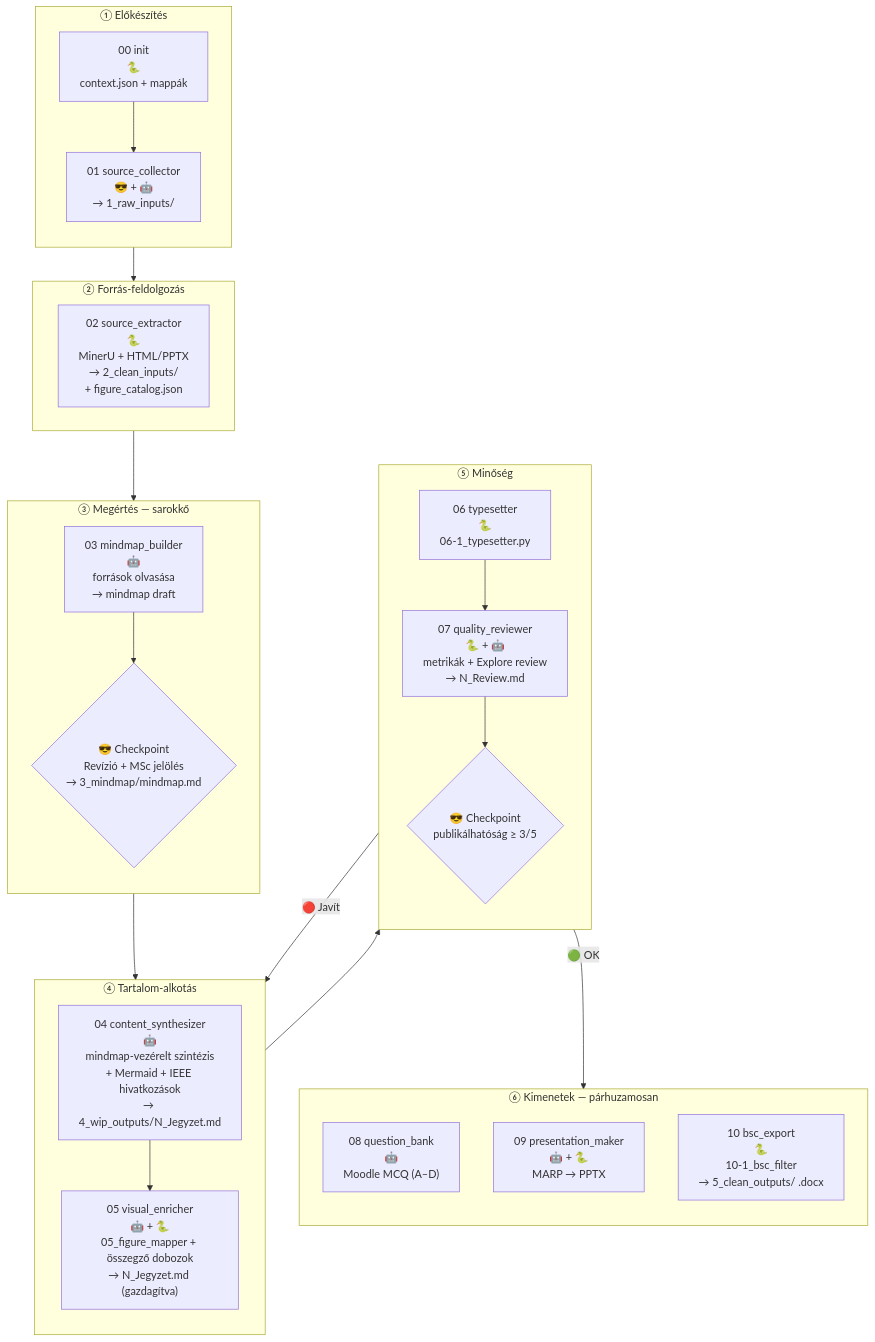
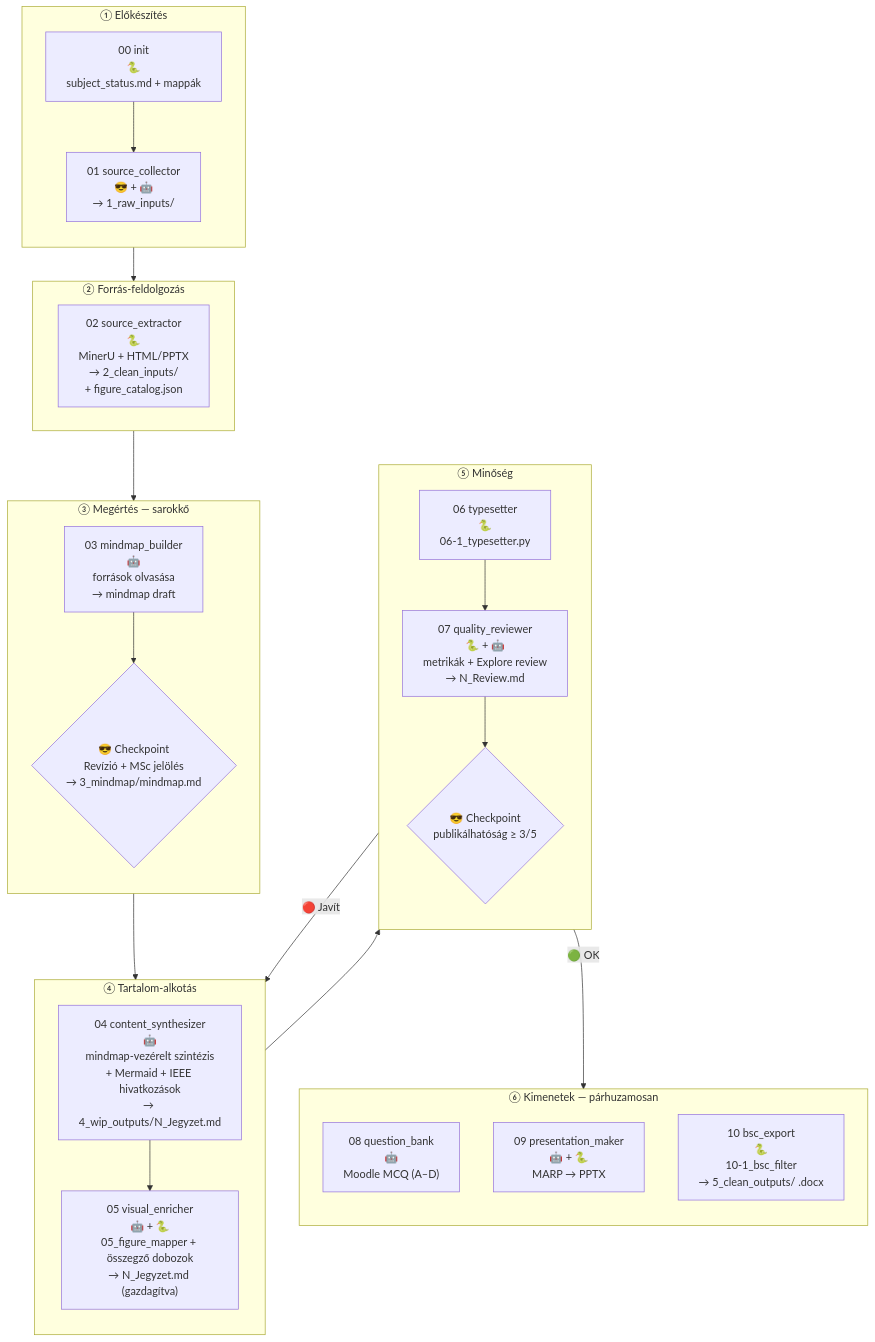
The diagram in .claude/pipeline.md (InutilemMachina/claude_course), drawn with Mermaid before and after one commit. The commit also changed other lines of this file and 9 other files, not shown here.

First line of the commit message:
refactor(00_init): context.json fiction → subject_status.md (subject-level plan+status)

````diff
--- a/.claude/pipeline.md
+++ b/.claude/pipeline.md
@@ -45,46 +45,46 @@
 ```mermaid
 flowchart TD
     subgraph INIT["① Előkészítés"]
         direction TB
-        I0["00 init<br>🐍<br>context.json + mappák"]
+        I0["00 init<br>🐍<br>subject_status.md + mappák"]
         I1["01 source_collector<br>😎 + 🤖<br>→ 1_raw_inputs/"]
         I0 --> I1
     end
 
     subgraph EXT["② Forrás-feldolgozás"]
         E1["02 source_extractor<br>🐍<br>MinerU + HTML/PPTX<br>→ 2_clean_inputs/<br>+ figure_catalog.json"]
     end
 
     subgraph UNDERSTAND["③ Megértés — sarokkő"]
         direction TB
         U1["03 mindmap_builder<br>🤖<br>források olvasása<br>→ mindmap draft"]
         U2{"😎 Checkpoint<br>Revízió + MSc jelölés<br>→ 3_mindmap/mindmap.md"}
         U1 --> U2
     end
 
     subgraph CREATE["④ Tartalom-alkotás"]
         direction TB
         C1["04 content_synthesizer<br>🤖<br>mindmap-vezérelt szintézis<br>+ Mermaid + IEEE hivatkozások<br>→ 4_wip_outputs/N_Jegyzet.md"]
         C2["05 visual_enricher<br>🤖 + 🐍<br>05_figure_mapper + összegző dobozok<br>→ N_Jegyzet.md (gazdagítva)"]
         C1 --> C2
     end
 
     subgraph QUALITY["⑤ Minőség"]
         direction TB
         Q1["06 typesetter<br>🐍<br>06-1_typesetter.py"]
         Q2["07 quality_reviewer<br>🐍 + 🤖<br>metrikák + Explore review<br>→ N_Review.md"]
         Q3{"😎 Checkpoint<br>publikálhatóság ≥ 3/5"}
         Q1 --> Q2 --> Q3
     end
 
     subgraph OUTPUT["⑥ Kimenetek — párhuzamosan"]
         direction TB
         O1["08 question_bank<br>🤖<br>Moodle MCQ (A–D)"]
         O2["09 presentation_maker<br>🤖 + 🐍<br>MARP → PPTX"]
         O3["10 bsc_export<br>🐍<br>10-1_bsc_filter<br>→ 5_clean_outputs/ .docx"]
     end
 
     INIT --> EXT --> UNDERSTAND --> CREATE --> QUALITY
     Q3 -->|"🟢 OK"| OUTPUT
     Q3 -->|"🔴 Javít"| CREATE
 ```
````
